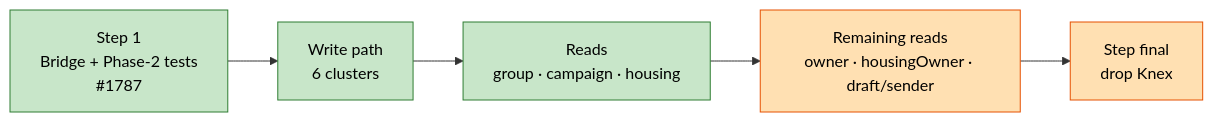
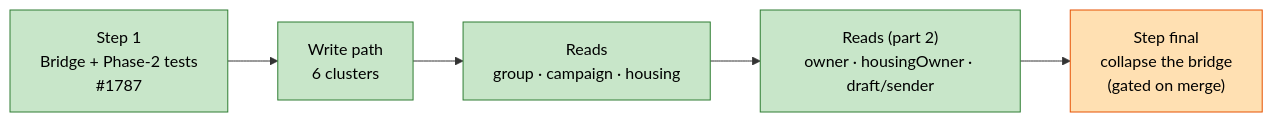
One commit to MTES-MCT/zero-logement-vacant changed the first of 6 diagrams in docs/kysely-migration-overview.md. Above: the diagram before and after it, drawn with Mermaid. The commit also changed other lines of this file, not shown here.

First line of the commit message:
docs(server): mark all Kysely reads complete in the migration overview

````diff
--- a/docs/kysely-migration-overview.md
+++ b/docs/kysely-migration-overview.md
@@ -17,12 +17,12 @@
 ```mermaid
 flowchart LR
   A["Step 1<br/>Bridge + Phase-2 tests<br/>#1787"]:::done
   B["Write path<br/>6 clusters"]:::done
   C["Reads<br/>group · campaign · housing"]:::done
-  D["Remaining reads<br/>owner · housingOwner · draft/sender"]:::todo
-  E["Step final<br/>drop Knex"]:::todo
+  D["Reads (part 2)<br/>owner · housingOwner · draft/sender"]:::done
+  E["Step final<br/>collapse the bridge<br/>(gated on merge)"]:::todo
   A --> B --> C --> D --> E
 
   classDef done fill:#c8e6c9,stroke:#2e7d32,color:#000
   classDef todo fill:#ffe0b2,stroke:#e65100,color:#000
 ```
````
